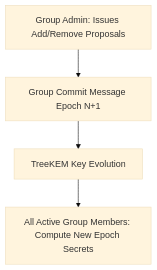
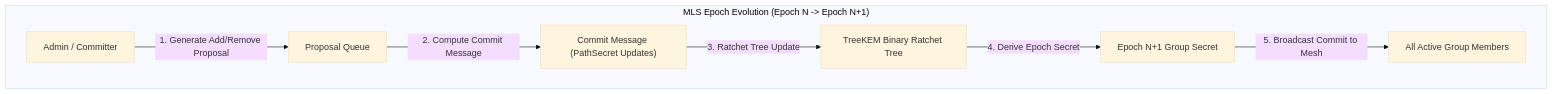
The first of 2 diagrams in wiki/14-Contacts-Groups-and-Security-Center.md (irshadali5/siar), drawn with Mermaid (base theme) before and after one commit. The commit also changed other lines of this file, not shown here.

````diff
--- a/wiki/14-Contacts-Groups-and-Security-Center.md
+++ b/wiki/14-Contacts-Groups-and-Security-Center.md
@@ -39,6 +72,10 @@
 ```mermaid
 graph TD
-    Admin[Group Admin: Issues Add/Remove Proposals] --> Commit[Group Commit Message Epoch N+1]
-    Commit --> TreeUpdate[TreeKEM Key Evolution]
-    TreeUpdate --> Members[All Active Group Members: Compute New Epoch Secrets]
+    subgraph EpochTransition["MLS Epoch Evolution (Epoch N -> Epoch N+1)"]
+        Admin["Admin / Committer"] -->|1. Generate Add/Remove Proposal| Prop["Proposal Queue"]
+        Prop -->|2. Compute Commit Message| Commit["Commit Message (PathSecret Updates)"]
+        Commit -->|3. Ratchet Tree Update| Tree["TreeKEM Binary Ratchet Tree"]
+        Tree -->|4. Derive Epoch Secret| Secret["Epoch N+1 Group Secret"]
+        Secret -->|5. Broadcast Commit to Mesh| Members["All Active Group Members"]
+    end
 ```
````
